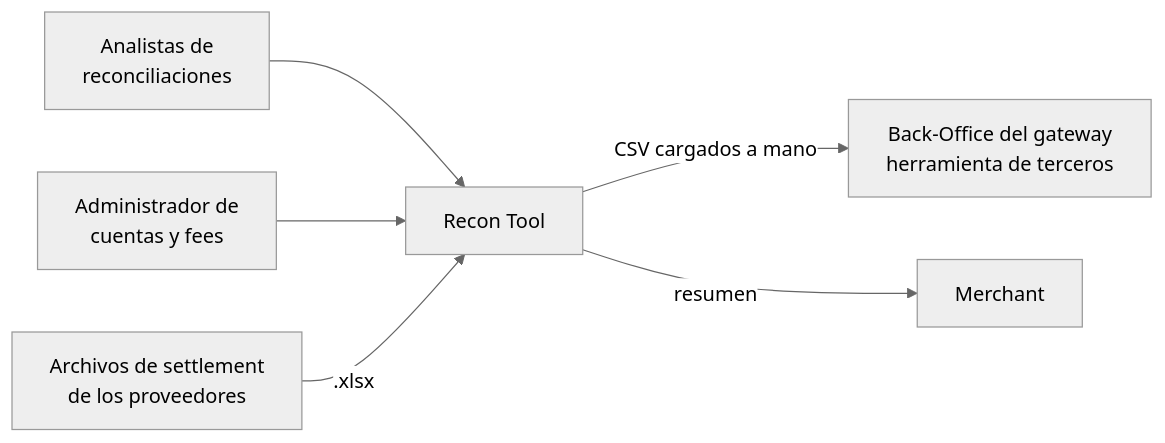
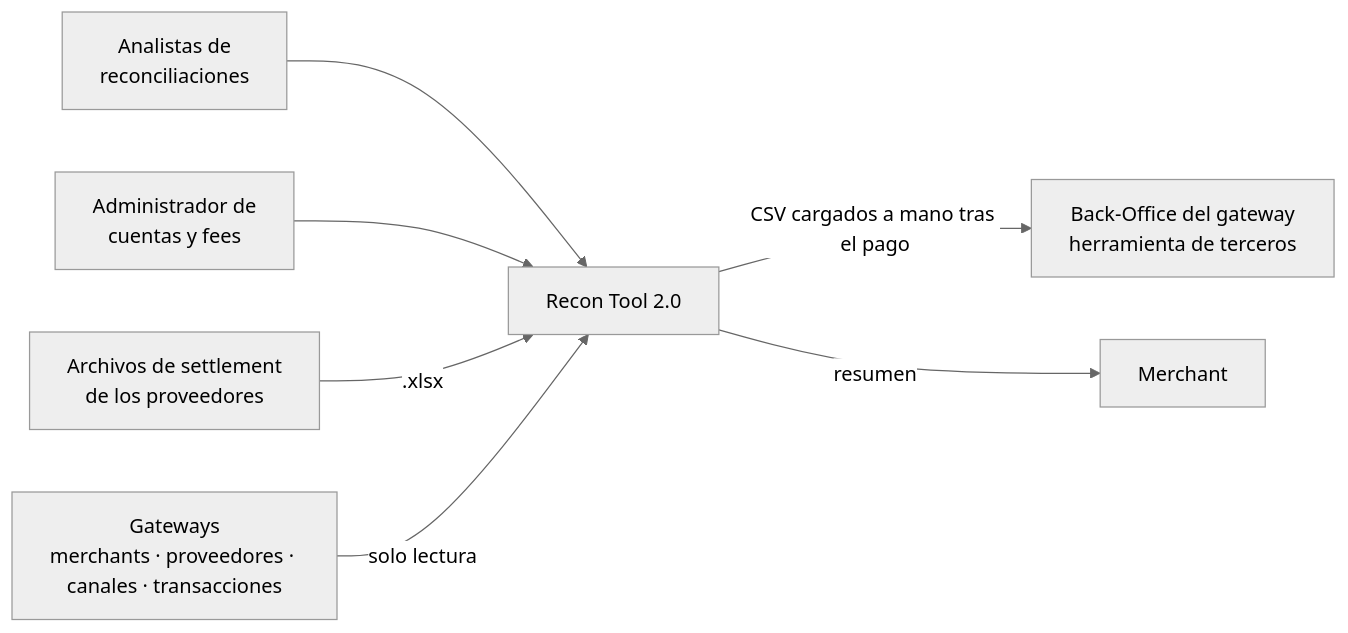
The second of 10 diagrams in readme.md (LIDR-academy-temp/AI4Devs-finalproject), drawn with Mermaid (neutral theme) before and after one commit. The commit also changed other lines of this file and 4 other files, not shown here.

````diff
--- a/readme.md
+++ b/readme.md
@@ -255,8 +246,9 @@
 ```mermaid
 flowchart LR
-    A[Analistas de<br/>reconciliaciones] --> RT[Recon Tool]
+    A[Analistas de<br/>reconciliaciones] --> RT[Recon Tool 2.0]
     B[Administrador de<br/>cuentas y fees] --> RT
     P[Archivos de settlement<br/>de los proveedores] -->|.xlsx| RT
-    RT -->|CSV cargados a mano| BO[Back-Office del gateway<br/>herramienta de terceros]
+    G[Gateways<br/>merchants · proveedores · canales · transacciones] -->|solo lectura| RT
+    RT -->|CSV cargados a mano tras el pago| BO[Back-Office del gateway<br/>herramienta de terceros]
     RT -->|resumen| M[Merchant]
 ```
````
